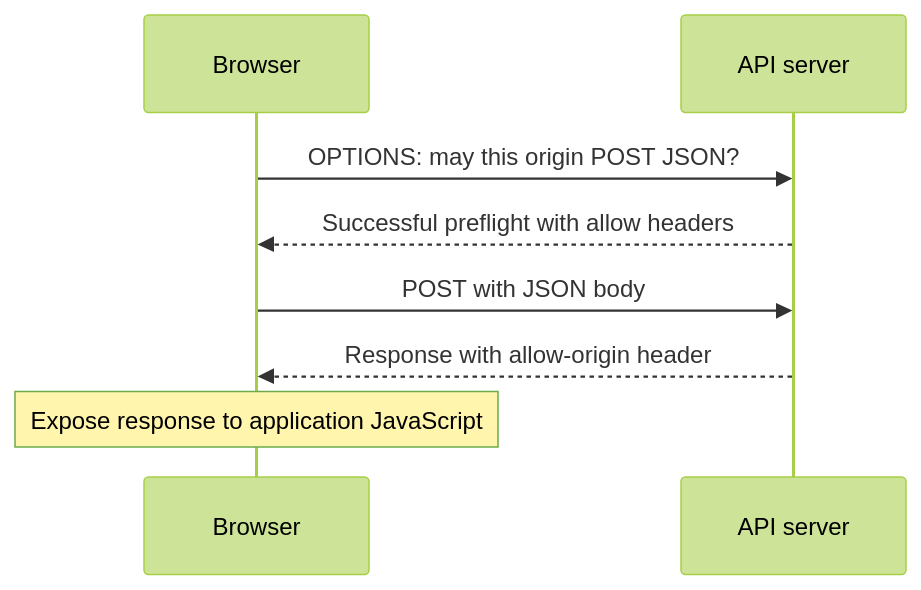
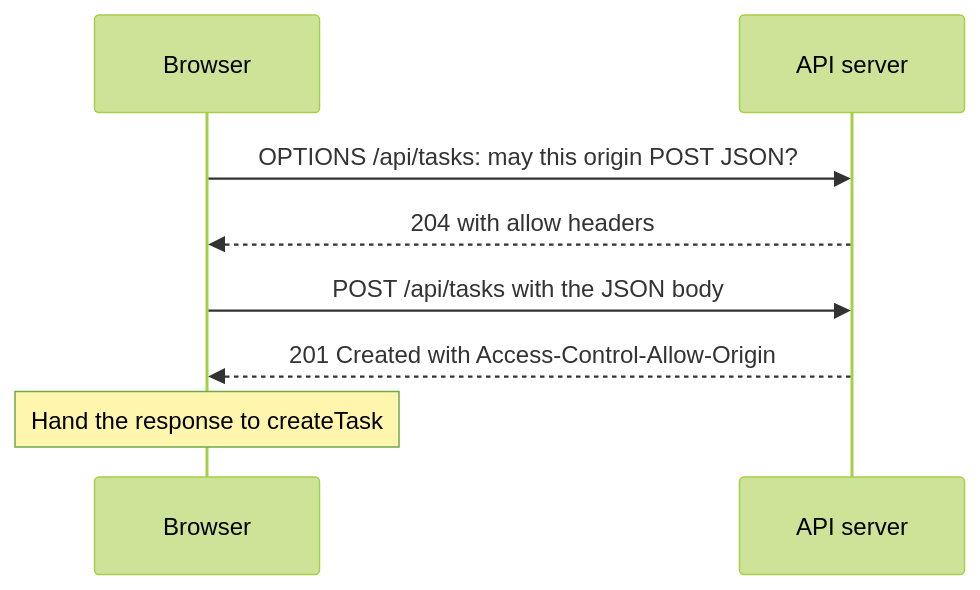
One commit to theo-matzavinos/dump changed the third of 3 diagrams in src/content/blog/http-from-tcp-to-fetch.md. Above: the diagram before and after it, drawn with Mermaid (forest theme). The commit also changed other lines of this file and 24 other files, not shown here.

First line of the commit message:
Revise all articles for voice, junior readers, and flow

````diff
--- a/src/content/blog/http-from-tcp-to-fetch.md
+++ b/src/content/blog/http-from-tcp-to-fetch.md
@@ -357,10 +382,10 @@
 ```mermaid
 sequenceDiagram
     participant B as Browser
     participant S as API server
-    B->>S: OPTIONS: may this origin POST JSON?
-    S-->>B: Successful preflight with allow headers
-    B->>S: POST with JSON body
-    S-->>B: Response with allow-origin header
-    Note over B: Expose response to application JavaScript
+    B->>S: OPTIONS /api/tasks: may this origin POST JSON?
+    S-->>B: 204 with allow headers
+    B->>S: POST /api/tasks with the JSON body
+    S-->>B: 201 Created with Access-Control-Allow-Origin
+    Note over B: Hand the response to createTask
 ```
````
